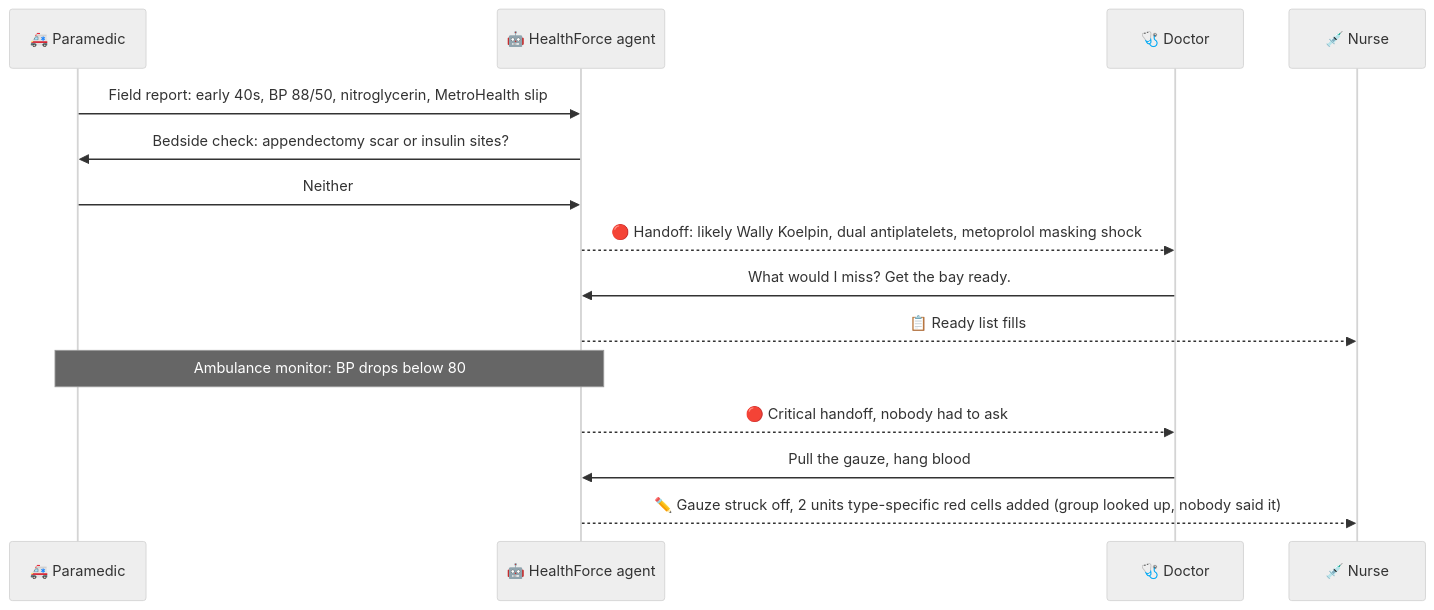
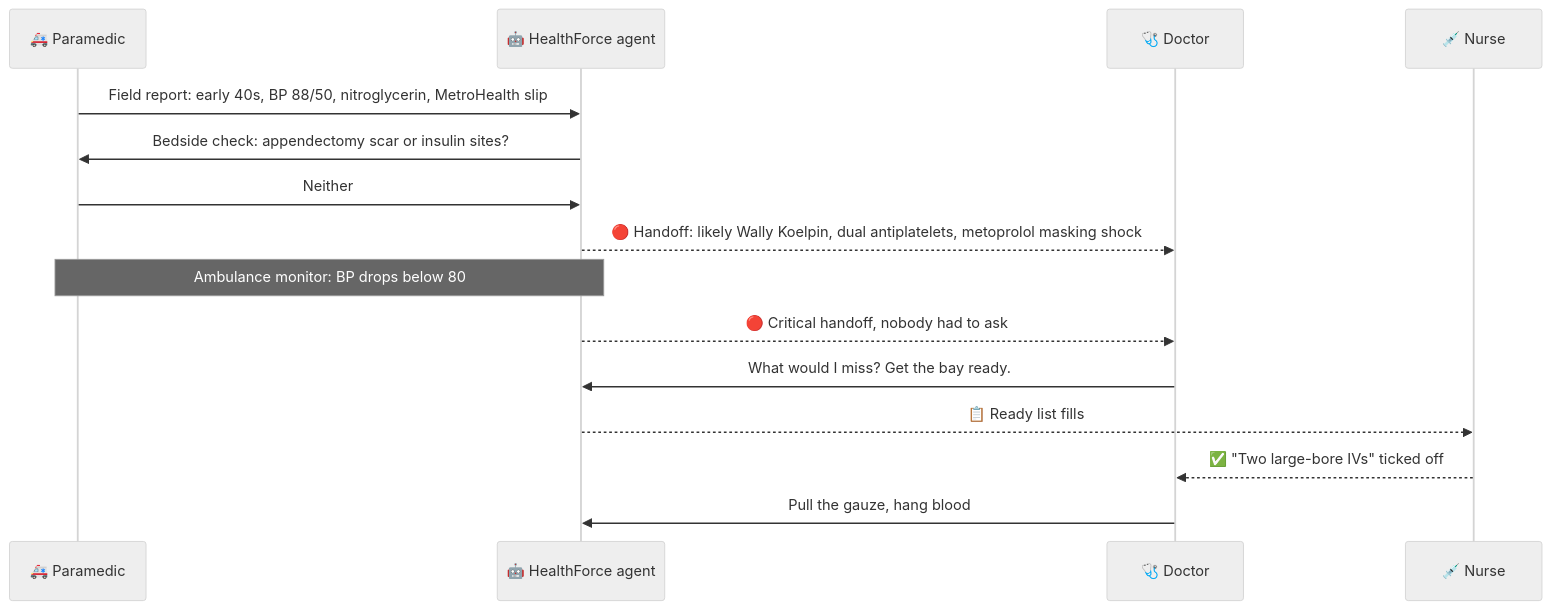
The second of 3 diagrams in README.md (Amadeus415/healthline), drawn with Mermaid (neutral theme) before and after one commit. The commit also changed other lines of this file, not shown here.

Commit message:
Show the product in the README with real screenshots of the funnel, the chart and the three-phone team view

````diff
--- a/README.md
+++ b/README.md
@@ -48,17 +49,17 @@
 ```mermaid
 sequenceDiagram
     participant P as 🚑 Paramedic
     participant A as 🤖 HealthForce agent
     participant D as 🩺 Doctor
     participant N as 💉 Nurse
     P->>A: Field report: early 40s, BP 88/50, nitroglycerin, MetroHealth slip
     A->>P: Bedside check: appendectomy scar or insulin sites?
     P->>A: Neither
     A-->>D: 🔴 Handoff: likely Wally Koelpin, dual antiplatelets, metoprolol masking shock
+    Note over P,A: Ambulance monitor: BP drops below 80
+    A-->>D: 🔴 Critical handoff, nobody had to ask
     D->>A: What would I miss? Get the bay ready.
     A-->>N: 📋 Ready list fills
-    Note over P,A: Ambulance monitor: BP drops below 80
-    A-->>D: 🔴 Critical handoff, nobody had to ask
+    N-->>D: ✅ "Two large-bore IVs" ticked off
     D->>A: Pull the gauze, hang blood
-    A-->>N: ✏️ Gauze struck off, 2 units type-specific red cells added (group looked up, nobody said it)
 ```
````
